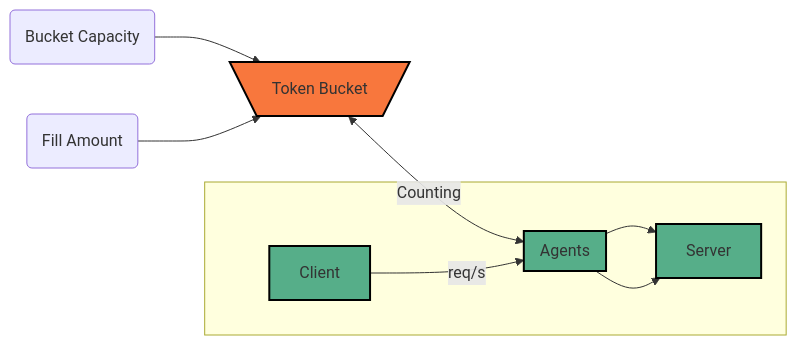
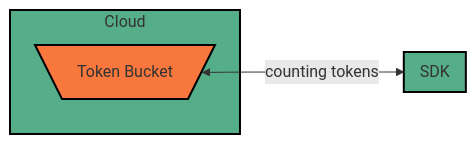
The diagram in docs/content/guides/assets/per-user-rate-limiting/rate-limiting.mmd (dataongunlaws/aperture), drawn with Mermaid before and after one commit. The commit also changed 262 other files, not shown here.

```diff
--- a/docs/content/guides/assets/per-user-rate-limiting/rate-limiting.mmd
+++ b/docs/content/guides/assets/per-user-rate-limiting/rate-limiting.mmd
@@ -1,24 +1,15 @@
 flowchart LR
-classDef TokenBucket fill:#F8773D, stroke:#000000,stroke-width:2px;
-classDef Agent fill:#56AE89,stroke:#000000,stroke-width:2px;
-classDef Signal fill:#EFEEED,stroke:#000000,stroke-width:1px;
+classDef TokenBucket fill:#F8773D,stroke:#000000,stroke-width:2px;
 classDef Service fill:#56AE89,stroke:#000000,stroke-width:2px;
 
-Forward("Bucket Capacity") --> TB
-Reset("Fill Amount") --> TB
-
+subgraph Cloud
 TB[\Token Bucket/]
 class TB TokenBucket
+end
+class Cloud Service
 
-TB <-- "Counting" --> Agents
+TB <-- "counting tokens" --> SDK
 
-subgraph " "
-Client -- "req/s" --> Agents
-class Client Service
-  subgraph "Agents"
+  subgraph "SDK"
   end
-  class Agents Agent
-  Agents --> Server
-  Agents --> Server
-  class Server Service
-  end
+  class SDK Service
```
